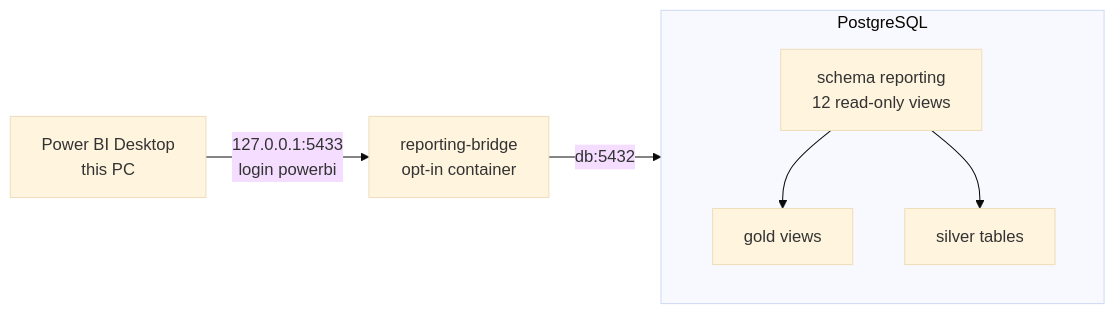
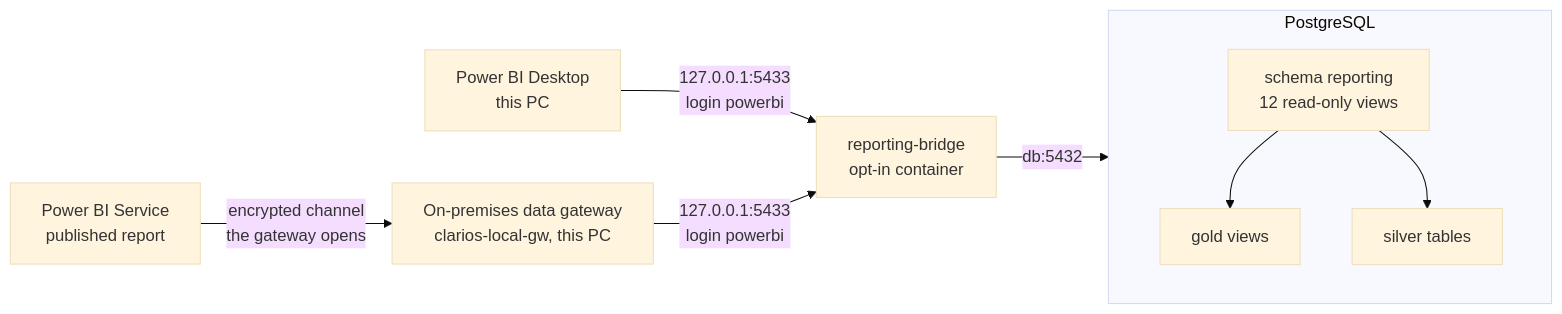
The first of 2 diagrams in docs/powerbi.md (juanpablocarrillohortua/clarios_app), drawn with Mermaid (base theme) before and after one commit. The commit also changed other lines of this file and 46 other files, not shown here.

````diff
--- a/docs/powerbi.md
+++ b/docs/powerbi.md
@@ -7,10 +12,12 @@
 ```mermaid
 flowchart LR
     PBI["Power BI Desktop<br/>this PC"] -->|"127.0.0.1:5433<br/>login powerbi"| BR["reporting-bridge<br/>opt-in container"]
+    SVC["Power BI Service<br/>published report"] -->|"encrypted channel<br/>the gateway opens"| GW["On-premises data gateway<br/>clarios-local-gw, this PC"]
+    GW -->|"127.0.0.1:5433<br/>login powerbi"| BR
     BR -->|"db:5432"| DB
     subgraph DB["PostgreSQL"]
         direction TB
         REP["schema reporting<br/>12 read-only views"] --> GOLD["gold views"]
         REP --> SILVER["silver tables"]
     end
 ```
````
